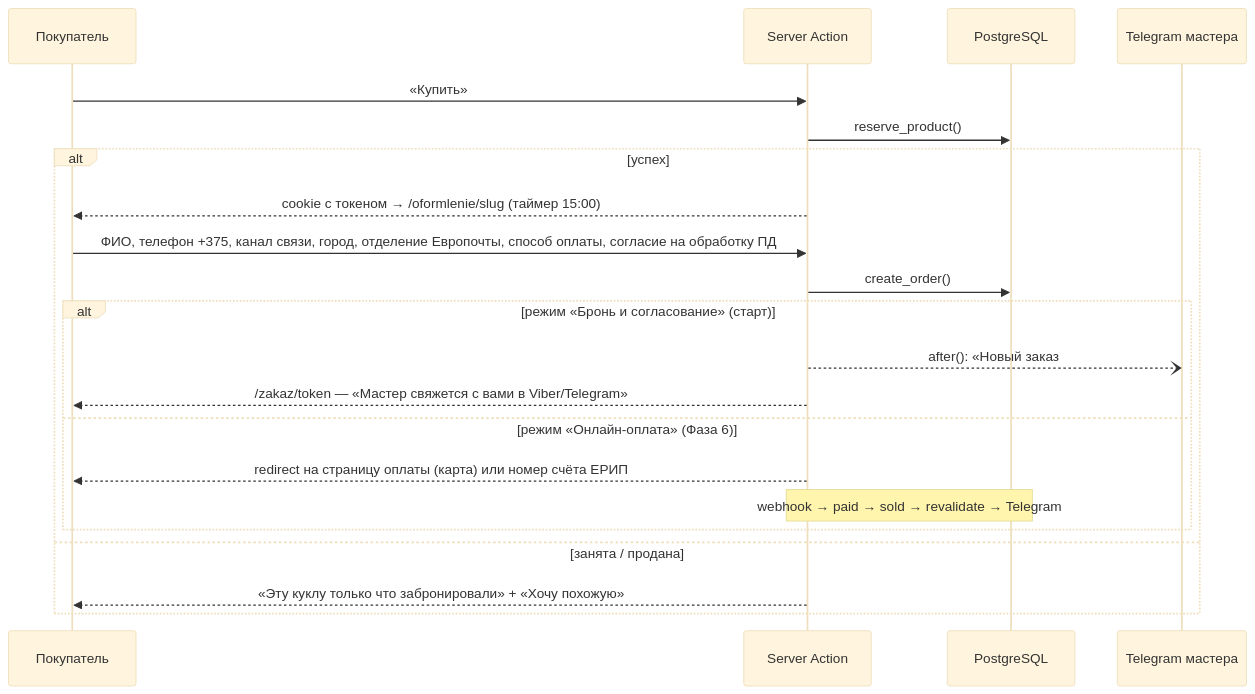
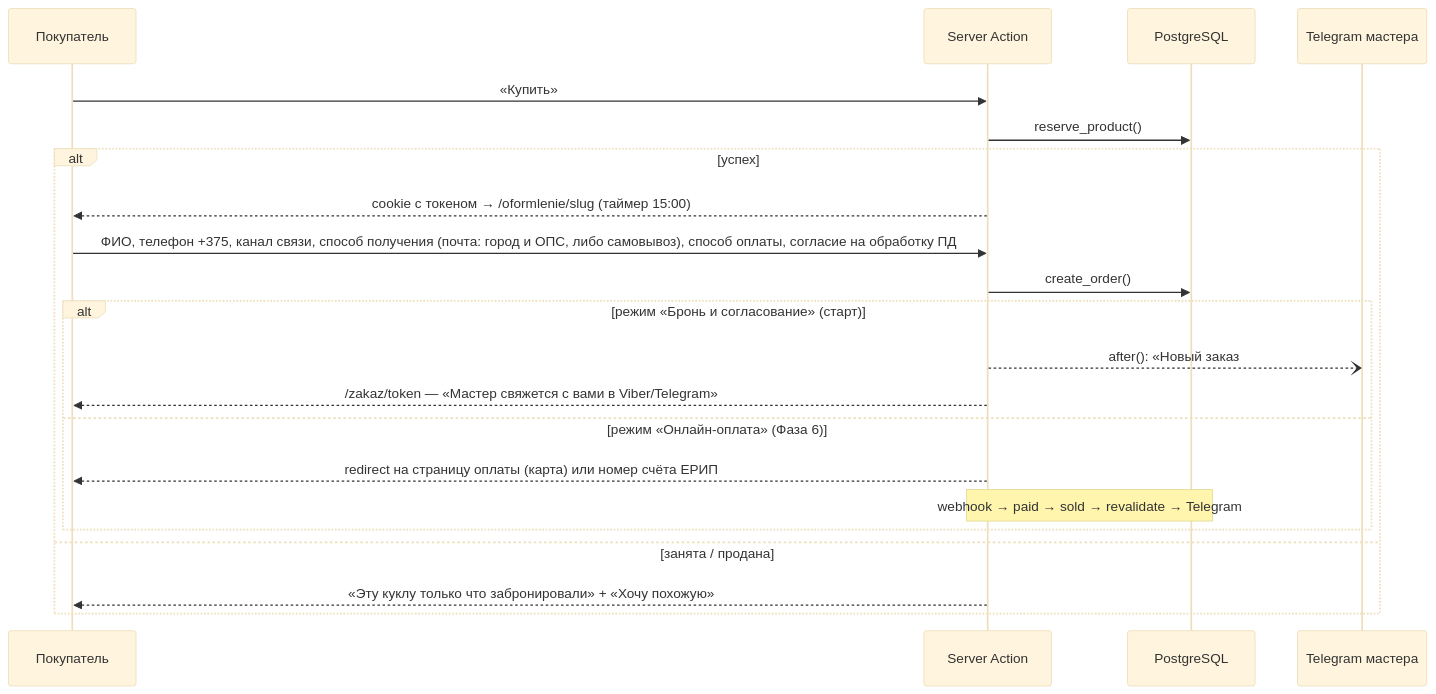
One commit to tarasssevich/DollShop changed the fourth of 5 diagrams in ARCHITECTURE.md. Above: the diagram before and after it, drawn with Mermaid (base theme). The commit also changed other lines of this file and 28 other files, not shown here.

````diff
--- a/ARCHITECTURE.md
+++ b/ARCHITECTURE.md
@@ -376,23 +376,23 @@
 ```mermaid
 sequenceDiagram
   participant U as Покупатель
   participant SA as Server Action
   participant DB as PostgreSQL
   participant TG as Telegram мастера
   U->>SA: «Купить»
   SA->>DB: reserve_product()
   alt успех
     SA-->>U: cookie с токеном → /oformlenie/slug (таймер 15:00)
-    U->>SA: ФИО, телефон +375, канал связи, город, отделение Европочты, способ оплаты, согласие на обработку ПД
+    U->>SA: ФИО, телефон +375, канал связи, способ получения (почта: город и ОПС, либо самовывоз), способ оплаты, согласие на обработку ПД
     SA->>DB: create_order()
     alt режим «Бронь и согласование» (старт)
       SA--)TG: after(): «Новый заказ #42» + кнопки
       SA-->>U: /zakaz/token — «Мастер свяжется с вами в Viber/Telegram»
     else режим «Онлайн-оплата» (Фаза 6)
       SA-->>U: redirect на страницу оплаты (карта) или номер счёта ЕРИП
       Note over SA,DB: webhook → paid → sold → revalidate → Telegram
     end
   else занята / продана
     SA-->>U: «Эту куклу только что забронировали» + «Хочу похожую»
   end
 ```
````
